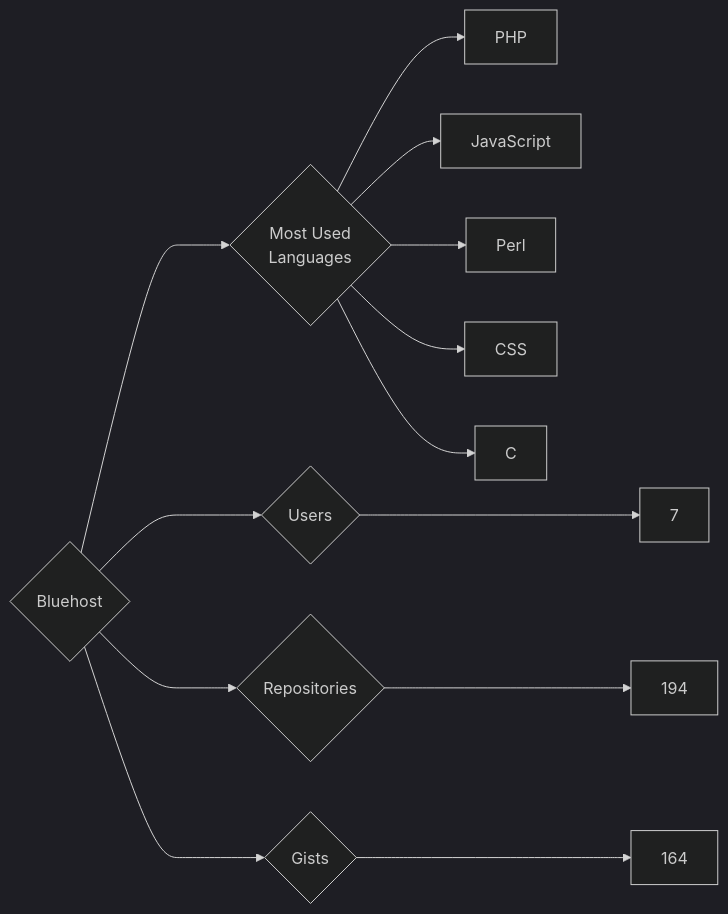
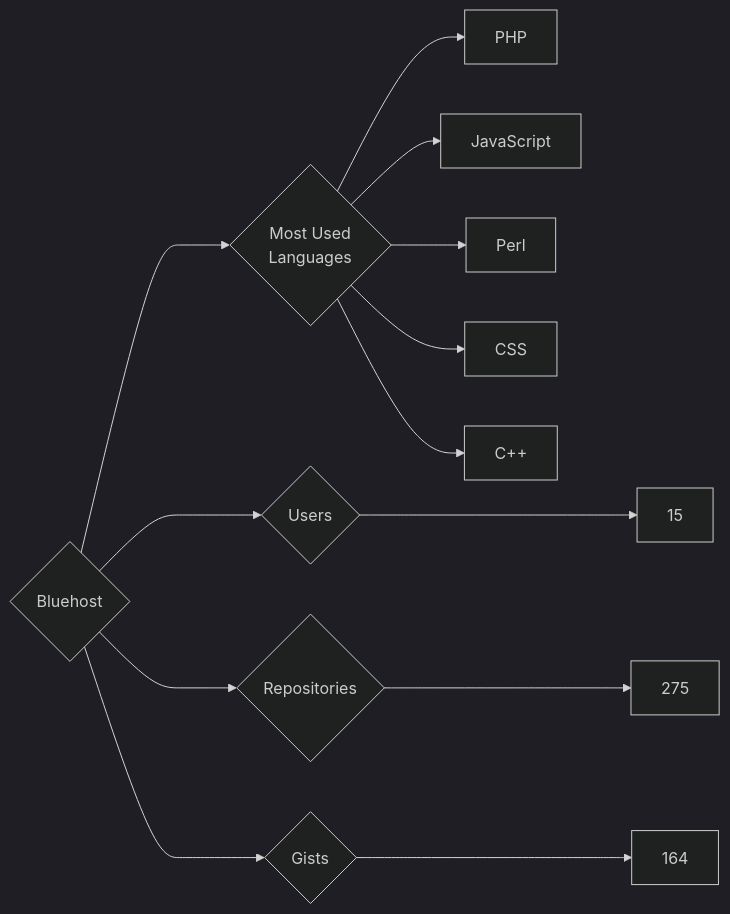
Before and after one commit to trickest/insiders: the diagram in targets/Bluehost/README.md, drawn with Mermaid (dark theme). The commit also changed 699 other files, not shown here.

````diff
--- a/targets/Bluehost/README.md
+++ b/targets/Bluehost/README.md
@@ -3,13 +3,13 @@
 ```mermaid
 graph LR
 COMPANY_NAME{Bluehost}
-COMPANY_NAME ---> U{Users} ---> UN[7]
-COMPANY_NAME ---> R{Repositories} ---> RN[194]
+COMPANY_NAME ---> U{Users} ---> UN[15]
+COMPANY_NAME ---> R{Repositories} ---> RN[275]
 COMPANY_NAME ---> G{Gists} ---> GN[164]
 COMPANY_NAME ---> ML{Most Used<br>Languages}
 ML --> PHP[PHP]
 ML --> JavaScript[JavaScript]
 ML --> Perl[Perl]
 ML --> CSS[CSS]
-ML --> C[C]
+ML --> C++[C++]
 ```
````
